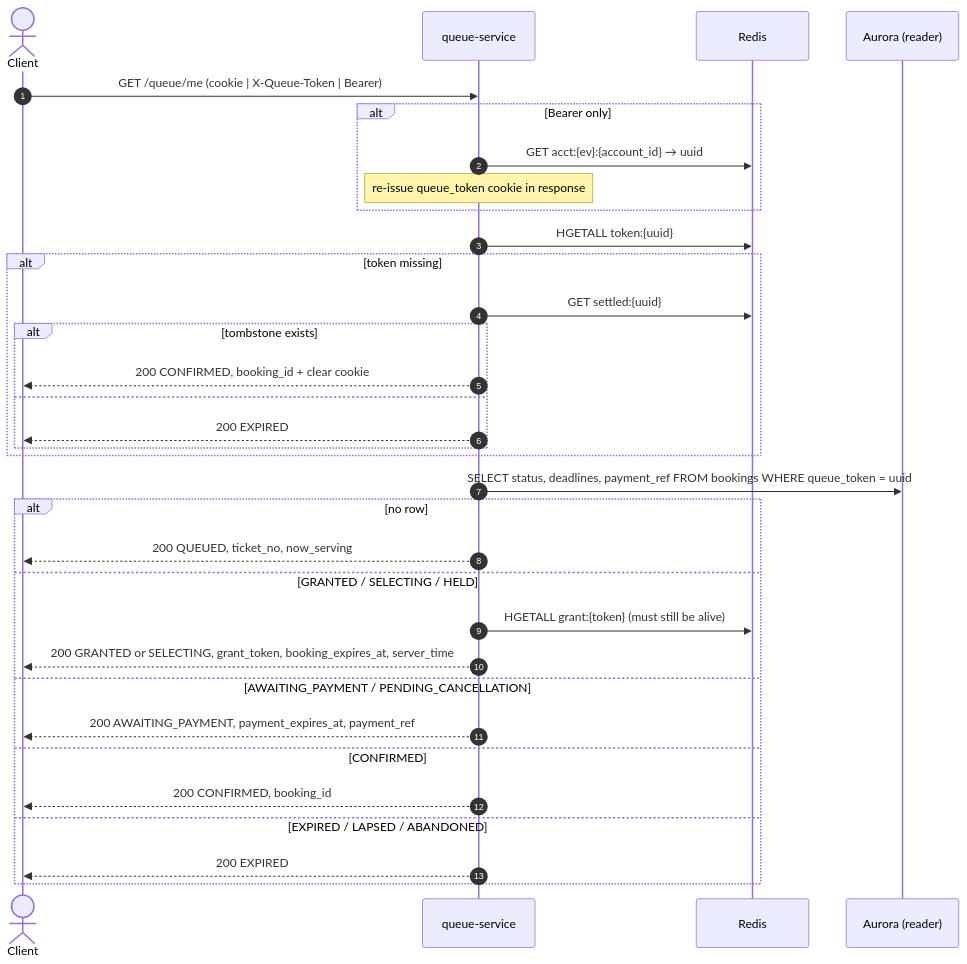
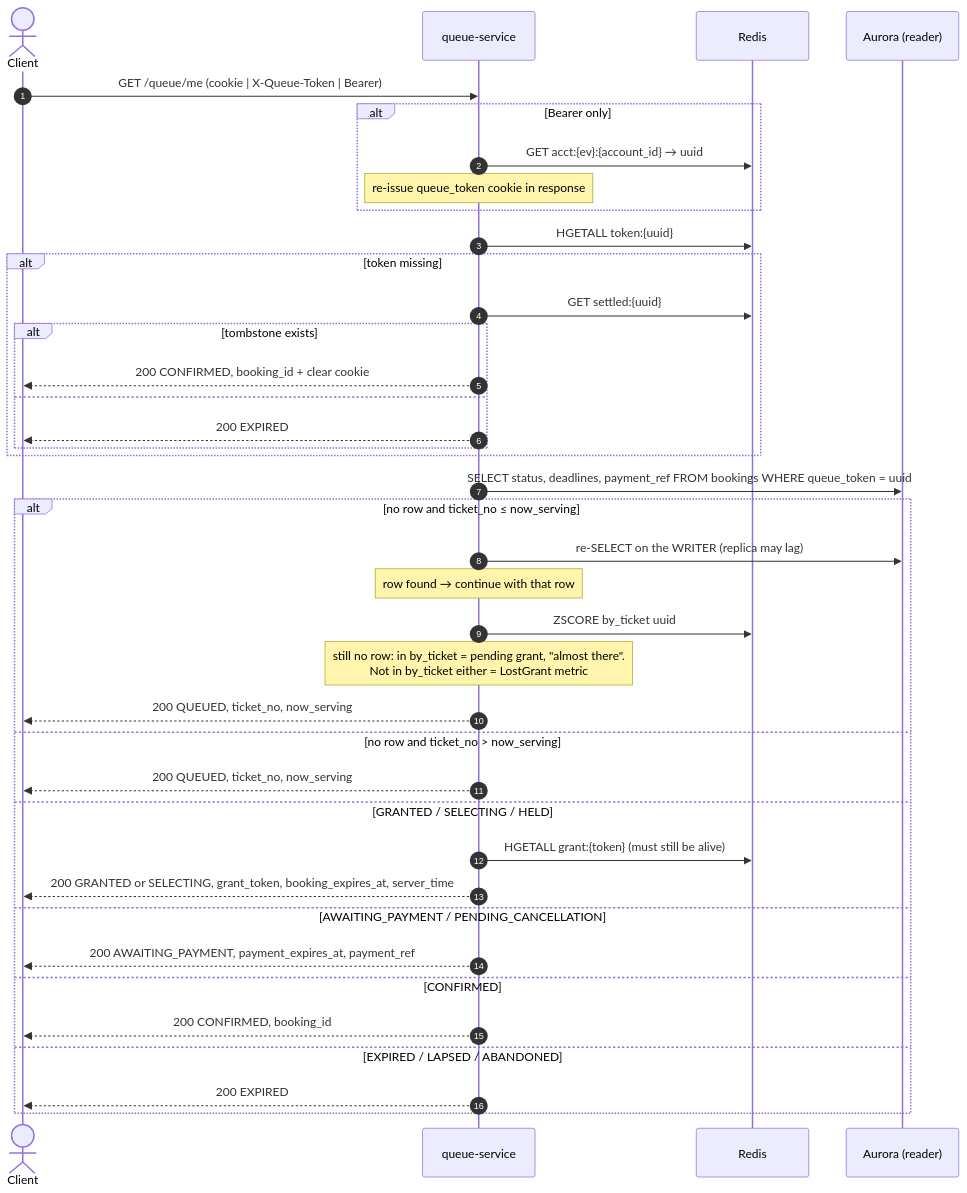
The diagram in docs/04-queue/03-get-queue-state.md (PTServerJanganTumbang-BookingTicket/be-rusuh-war-ticketing), drawn with Mermaid before and after one commit. The commit also changed other lines of this file and 19 other files, not shown here.

````diff
--- a/docs/04-queue/03-get-queue-state.md
+++ b/docs/04-queue/03-get-queue-state.md
@@ -20,38 +21,44 @@
 ```mermaid
 sequenceDiagram
     autonumber
     actor C as Client
     participant Q as queue-service
     participant R as Redis
     participant DB as Aurora (reader)
 
     C->>Q: GET /queue/me (cookie | X-Queue-Token | Bearer)
     alt Bearer only
         Q->>R: GET acct:{ev}:{account_id} → uuid
         Note over Q: re-issue queue_token cookie in response
     end
 
     Q->>R: HGETALL token:{uuid}
     alt token missing
         Q->>R: GET settled:{uuid}
         alt tombstone exists
             Q-->>C: 200 CONFIRMED, booking_id + clear cookie
         else
             Q-->>C: 200 EXPIRED
         end
     end
 
     Q->>DB: SELECT status, deadlines, payment_ref FROM bookings WHERE queue_token = uuid
-    alt no row
+    alt no row and ticket_no ≤ now_serving
+        Q->>DB: re-SELECT on the WRITER (replica may lag)
+        Note over Q: row found → continue with that row
+        Q->>R: ZSCORE by_ticket uuid
+        Note over Q: still no row: in by_ticket = pending grant, "almost there".<br/>Not in by_ticket either = LostGrant metric
+        Q-->>C: 200 QUEUED, ticket_no, now_serving
+    else no row and ticket_no > now_serving
         Q-->>C: 200 QUEUED, ticket_no, now_serving
     else GRANTED / SELECTING / HELD
         Q->>R: HGETALL grant:{token} (must still be alive)
         Q-->>C: 200 GRANTED or SELECTING, grant_token, booking_expires_at, server_time
     else AWAITING_PAYMENT / PENDING_CANCELLATION
         Q-->>C: 200 AWAITING_PAYMENT, payment_expires_at, payment_ref
     else CONFIRMED
         Q-->>C: 200 CONFIRMED, booking_id
     else EXPIRED / LAPSED / ABANDONED
         Q-->>C: 200 EXPIRED
     end
 ```
````
